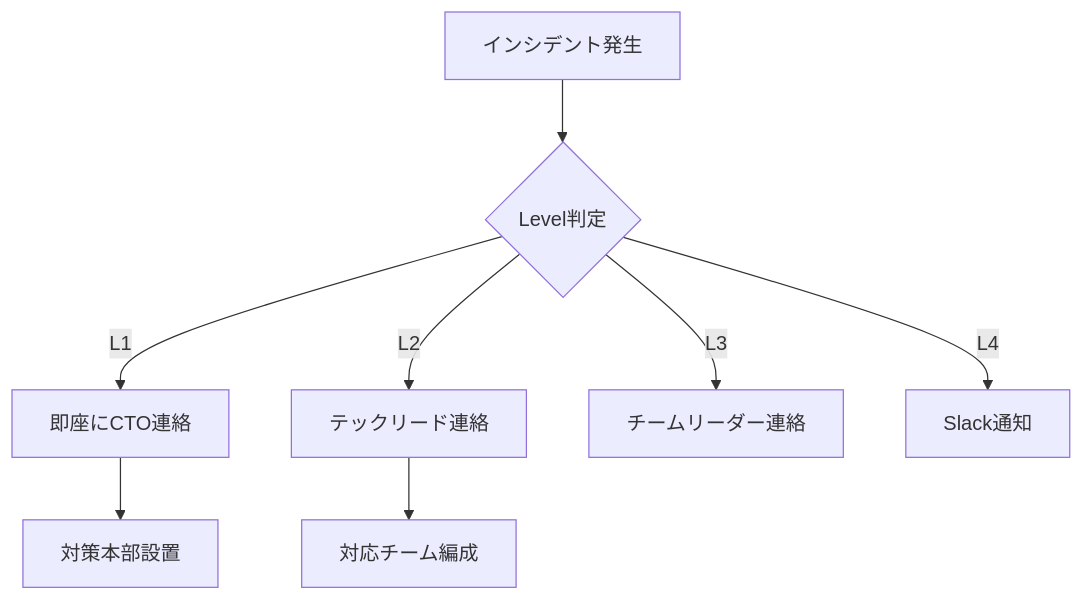
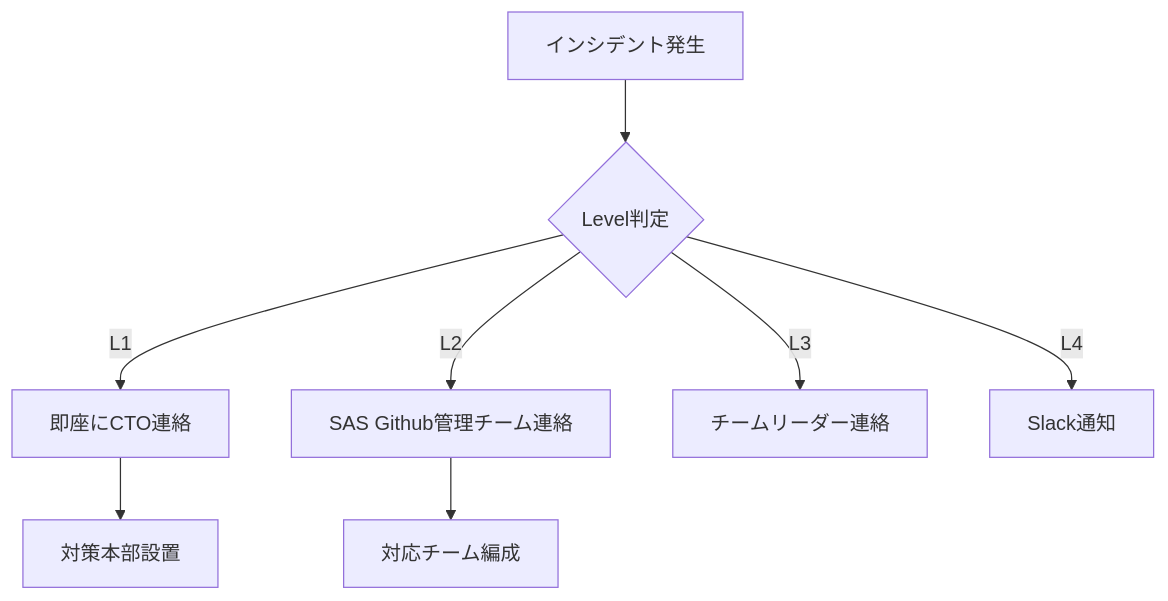
The second of 2 diagrams in EMERGENCY_RESPONSE.md (sas-com/github-guidelines), drawn with Mermaid before and after one commit. The commit also changed other lines of this file and 3 other files, not shown here.

````diff
--- a/EMERGENCY_RESPONSE.md
+++ b/EMERGENCY_RESPONSE.md
@@ -280,10 +280,10 @@
 ```mermaid
 graph TD
     A[インシデント発生] --> B{Level判定}
     B -->|L1| C[即座にCTO連絡]
-    B -->|L2| D[テックリード連絡]
+    B -->|L2| D[SAS Github管理チーム連絡]
     B -->|L3| E[チームリーダー連絡]
     B -->|L4| F[Slack通知]
     C --> G[対策本部設置]
     D --> H[対応チーム編成]
 ```
````
